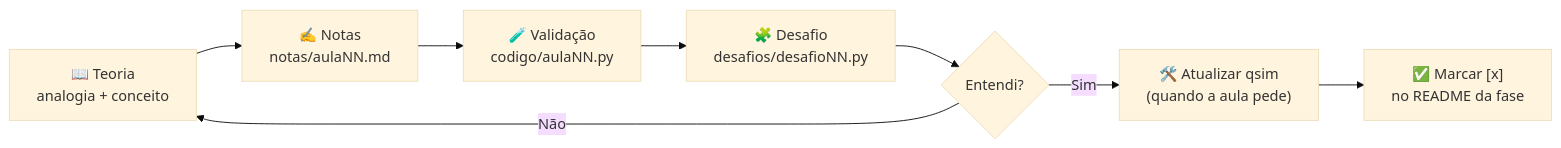
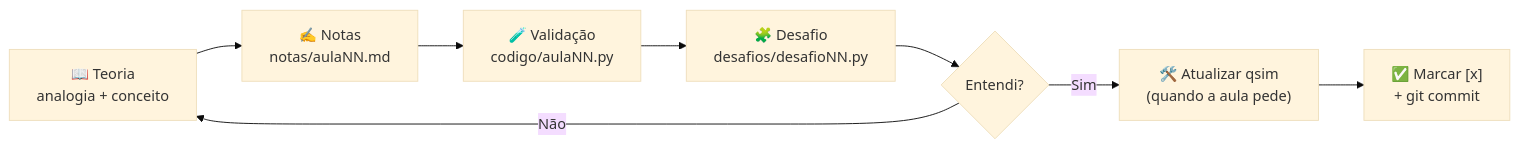
Before and after one commit to TiagoRodriguesskt/Quantum-Computing: the first of 5 diagrams in README.md, drawn with Mermaid (base theme). The commit also changed other lines of this file and 10 other files, not shown here.

````diff
--- a/README.md
+++ b/README.md
@@ -200,10 +212,10 @@
 ```mermaid
 flowchart LR
     A["📖 Teoria<br/>analogia + conceito"] --> B["✍️ Notas<br/>notas/aulaNN.md"]
     B --> C["🧪 Validação<br/>codigo/aulaNN.py"]
     C --> D["🧩 Desafio<br/>desafios/desafioNN.py"]
     D --> E{"Entendi?"}
     E -- "Não" --> A
     E -- "Sim" --> F["🛠️ Atualizar qsim<br/>(quando a aula pede)"]
-    F --> G["✅ Marcar [x]<br/>no README da fase"]
+    F --> G["✅ Marcar [x]<br/>+ git commit"]
 ```
````
